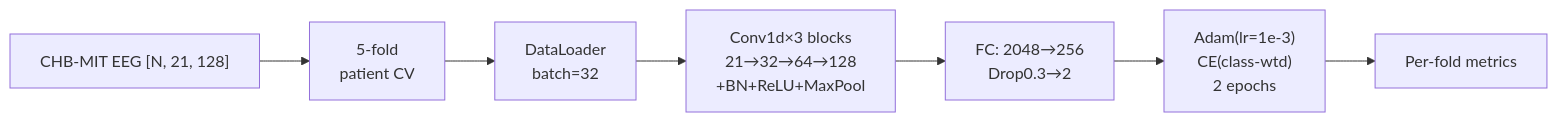
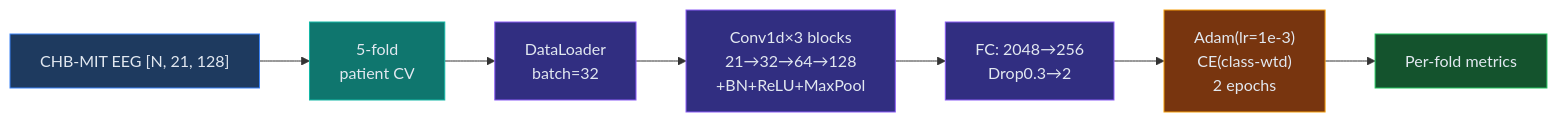
One commit to RICSE-donnenfeld/DEEPL-brainshake changed the diagram in mermaid/cnn.mmd. Above: the diagram before and after it, drawn with Mermaid. The commit also changed 18 other files, not shown here.

```diff
--- a/mermaid/cnn.mmd
+++ b/mermaid/cnn.mmd
@@ -1,8 +1,16 @@
 %% CNN pipeline — horizontal
 flowchart LR
     data["CHB-MIT EEG [N, 21, 128]"] --> kfold["5-fold<br/>patient CV"]
     kfold --> loader["DataLoader<br/>batch=32"]
     loader --> cnn["Conv1d×3 blocks<br/>21→32→64→128<br/>+BN+ReLU+MaxPool"]
     cnn --> fc["FC: 2048→256<br/>Drop0.3→2"]
     fc --> train["Adam(lr=1e-3)<br/>CE(class-wtd)<br/>2 epochs"]
     train --> evaluate["Per-fold metrics"]
+
+    style data fill:#1e3a5f,stroke:#3b82f6,color:#e2e8f0
+    style kfold fill:#0f766e,stroke:#14b8a6,color:#e2e8f0
+    style loader fill:#312e81,stroke:#8b5cf6,color:#e2e8f0
+    style cnn fill:#312e81,stroke:#8b5cf6,color:#e2e8f0
+    style fc fill:#312e81,stroke:#8b5cf6,color:#e2e8f0
+    style train fill:#78350f,stroke:#f59e0b,color:#e2e8f0
+    style evaluate fill:#14532d,stroke:#22c55e,color:#e2e8f0
```
